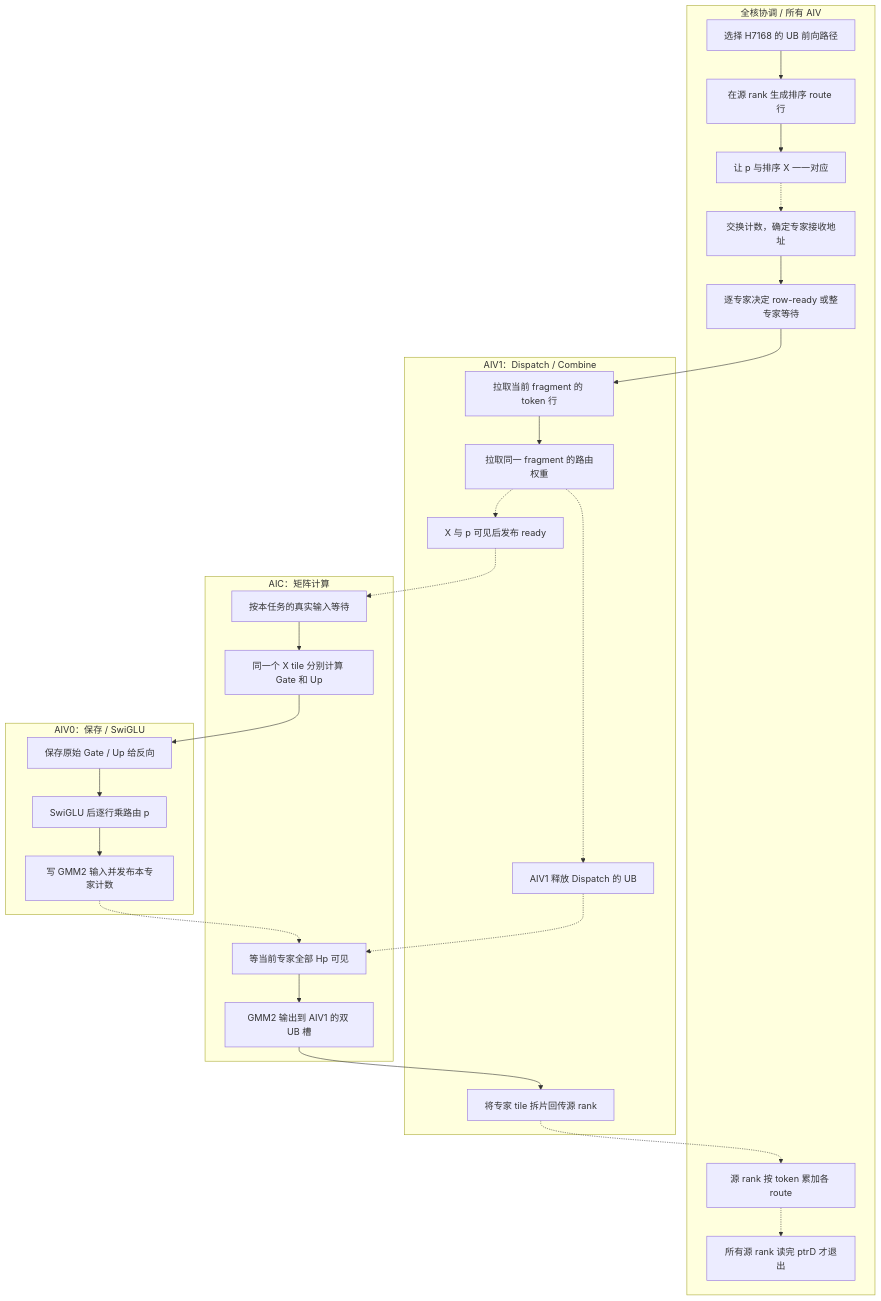
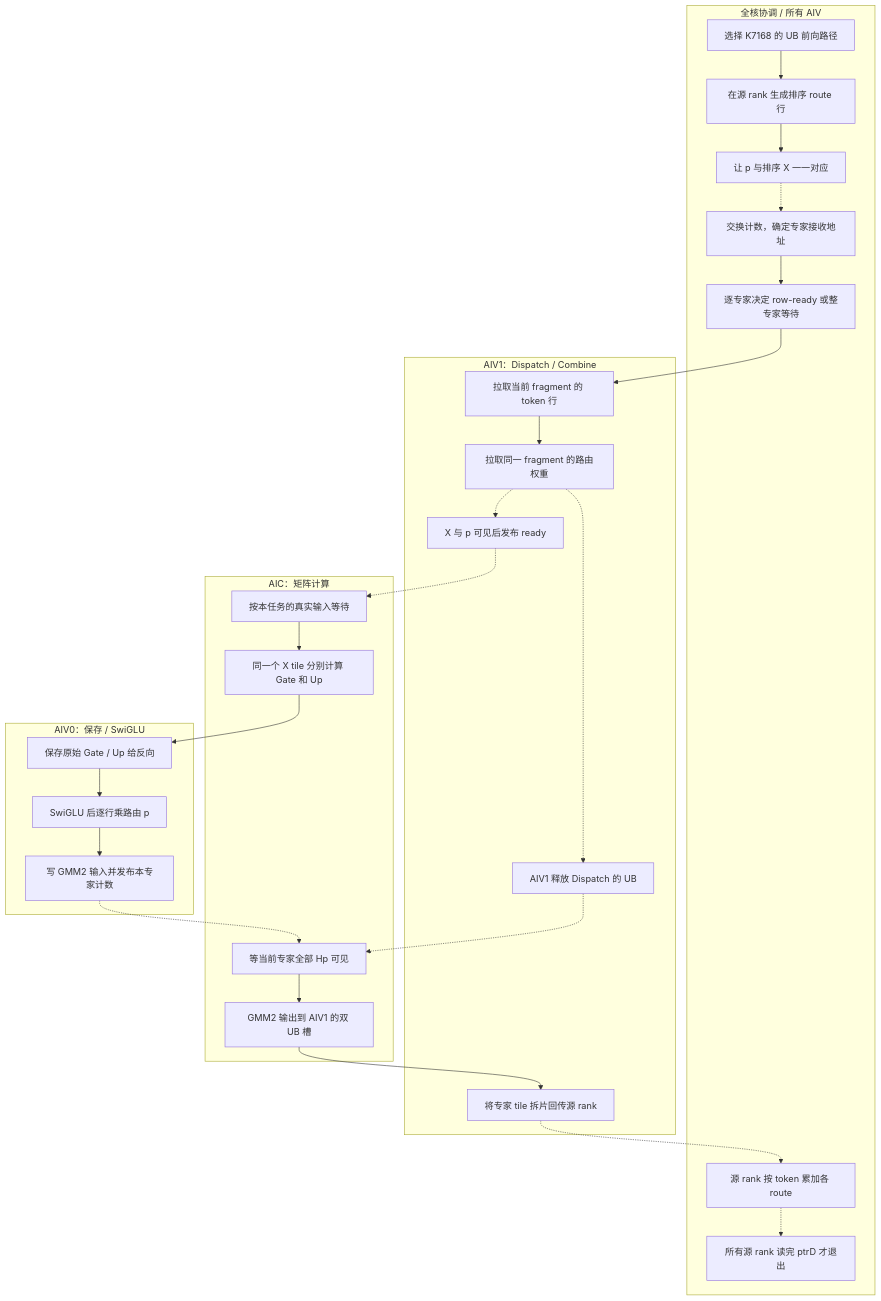
One commit to lueelu/DeepEP changed the diagram in experiments/megamoe_train/docs/visual/diagrams/05-forward-kernel.mmd. Above: the diagram before and after it, drawn with Mermaid. The commit also changed 18 other files, not shown here.

```diff
--- a/experiments/megamoe_train/docs/visual/diagrams/05-forward-kernel.mmd
+++ b/experiments/megamoe_train/docs/visual/diagrams/05-forward-kernel.mmd
@@ -1,47 +1,47 @@
 flowchart TB
   subgraph lane_f_all["全核协调 / 所有 AIV"]
-    f_select["选择 H7168 的 UB 前向路径"]
+    f_select["选择 K7168 的 UB 前向路径"]
     f_routes["在源 rank 生成排序 route 行"]
     f_route_p["让 p 与排序 X 一一对应"]
     f_counts["交换计数，确定专家接收地址"]
     f_ready_policy["逐专家决定 row-ready 或整专家等待"]
     f_unpermute["源 rank 按 token 累加各 route"]
     f_exit["所有源 rank 读完 ptrD 才退出"]
   end
   subgraph lane_f_aiv1["AIV1：Dispatch / Combine"]
     f_dispatch_x["拉取当前 fragment 的 token 行"]
     f_dispatch_p["拉取同一 fragment 的路由权重"]
     f_publish_ready["X 与 p 可见后发布 ready"]
     f_release_dispatch_ub["AIV1 释放 Dispatch 的 UB"]
     f_combine["将专家 tile 拆片回传源 rank"]
   end
   subgraph lane_f_aic["AIC：矩阵计算"]
     f_wait_xp["按本任务的真实输入等待"]
     f_gate_up["同一个 X tile 分别计算 Gate 和 Up"]
     f_gmm2_wait["等当前专家全部 Hp 可见"]
     f_gmm2["GMM2 输出到 AIV1 的双 UB 槽"]
   end
   subgraph lane_f_aiv0["AIV0：保存 / SwiGLU"]
     f_save_raw["保存原始 Gate / Up 给反向"]
     f_swiglu_p["SwiGLU 后逐行乘路由 p"]
     f_publish_hp["写 GMM2 输入并发布本专家计数"]
   end
   f_select --> f_routes
   f_routes --> f_route_p
   f_route_p -.-> f_counts
   f_counts --> f_ready_policy
   f_ready_policy --> f_dispatch_x
   f_dispatch_x --> f_dispatch_p
   f_dispatch_p -.-> f_publish_ready
   f_publish_ready -.-> f_wait_xp
   f_wait_xp --> f_gate_up
   f_gate_up --> f_save_raw
   f_save_raw --> f_swiglu_p
   f_swiglu_p --> f_publish_hp
   f_dispatch_p -.-> f_release_dispatch_ub
   f_release_dispatch_ub -.-> f_gmm2_wait
   f_publish_hp -.-> f_gmm2_wait
   f_gmm2_wait --> f_gmm2
   f_gmm2 --> f_combine
   f_combine -.-> f_unpermute
   f_unpermute -.-> f_exit
```
